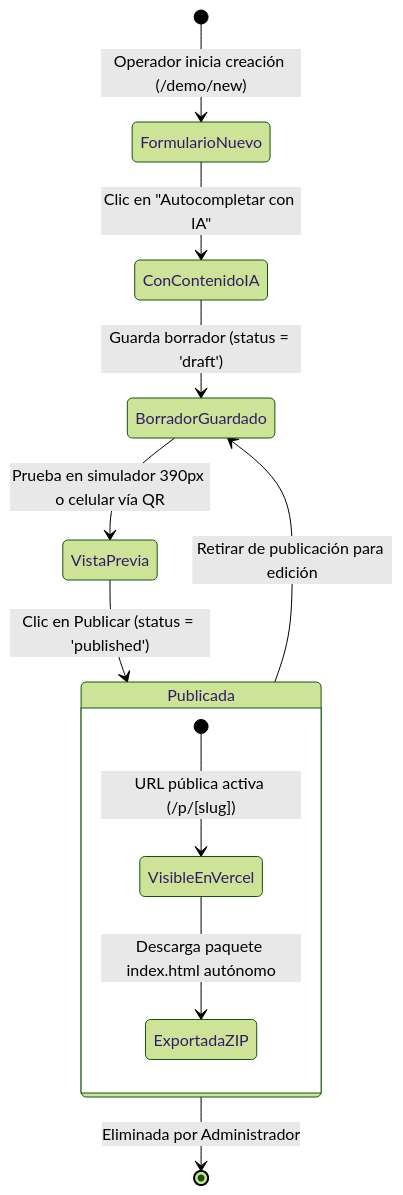
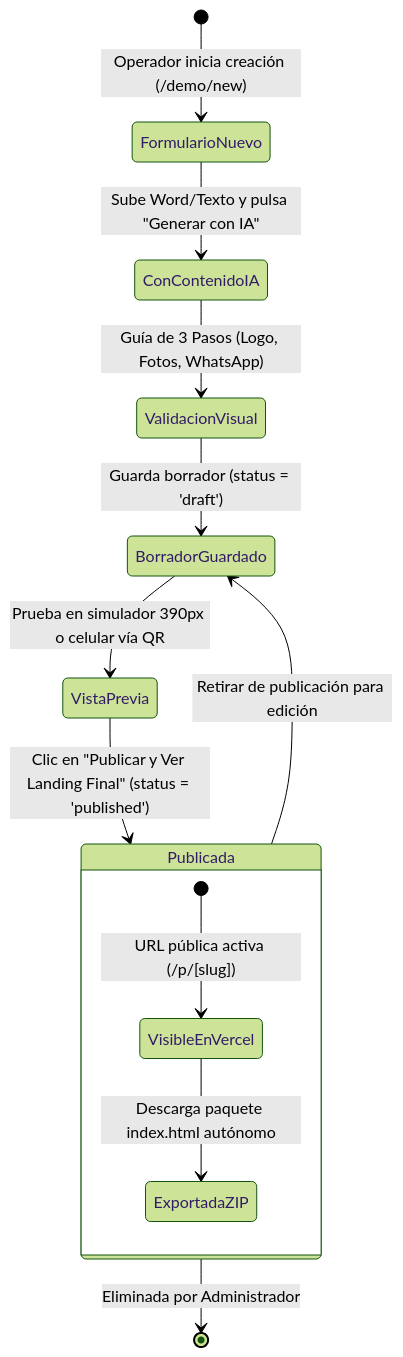
The fifth of 7 diagrams in docs/documentacion_tesis.md (erikvlad1111-ctrl/Generador-de-Landingpages), drawn with Mermaid (forest theme) before and after one commit. The commit also changed other lines of this file, not shown here.

Commit message:
docs(tesis): actualizar diagramas y manual de usuario con cascada Groq/Multi-LLM, ingesta Word y guia Human-in-the-Loop

````diff
--- a/docs/documentacion_tesis.md
+++ b/docs/documentacion_tesis.md
@@ -190,16 +191,17 @@
 ```mermaid
 stateDiagram-v2
     [*] --> FormularioNuevo: Operador inicia creación (/demo/new)
-    FormularioNuevo --> ConContenidoIA: Clic en "Autocompletar con IA"
-    ConContenidoIA --> BorradorGuardado: Guarda borrador (status = 'draft')
+    FormularioNuevo --> ConContenidoIA: Sube Word/Texto y pulsa "Generar con IA"
+    ConContenidoIA --> ValidacionVisual: Guía de 3 Pasos (Logo, Fotos, WhatsApp)
+    ValidacionVisual --> BorradorGuardado: Guarda borrador (status = 'draft')
     BorradorGuardado --> VistaPrevia: Prueba en simulador 390px o celular vía QR
-    VistaPrevia --> Publicada: Clic en Publicar (status = 'published')
+    VistaPrevia --> Publicada: Clic en "Publicar y Ver Landing Final" (status = 'published')
     
     state Publicada {
         [*] --> VisibleEnVercel: URL pública activa (/p/[slug])
         VisibleEnVercel --> ExportadaZIP: Descarga paquete index.html autónomo
     }
     
     Publicada --> BorradorGuardado: Retirar de publicación para edición
     Publicada --> [*]: Eliminada por Administrador
 ```
````
